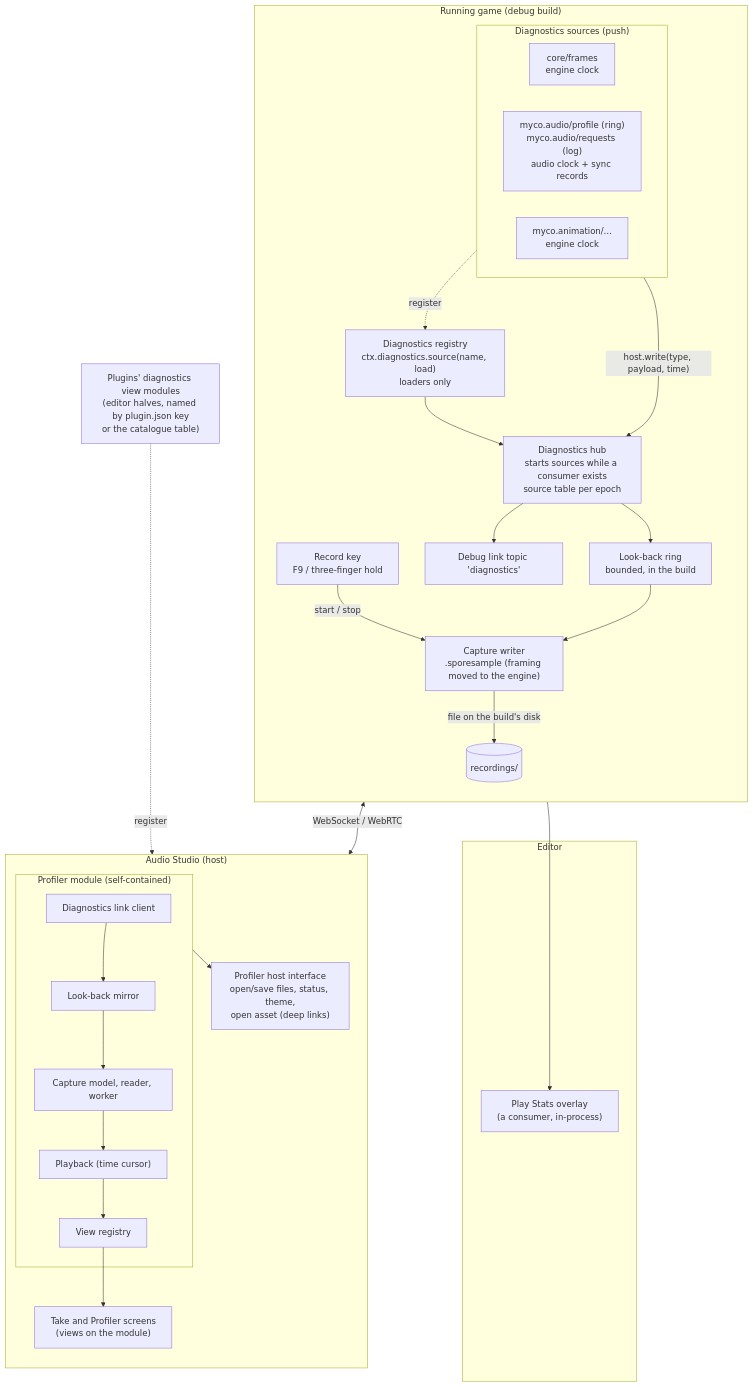
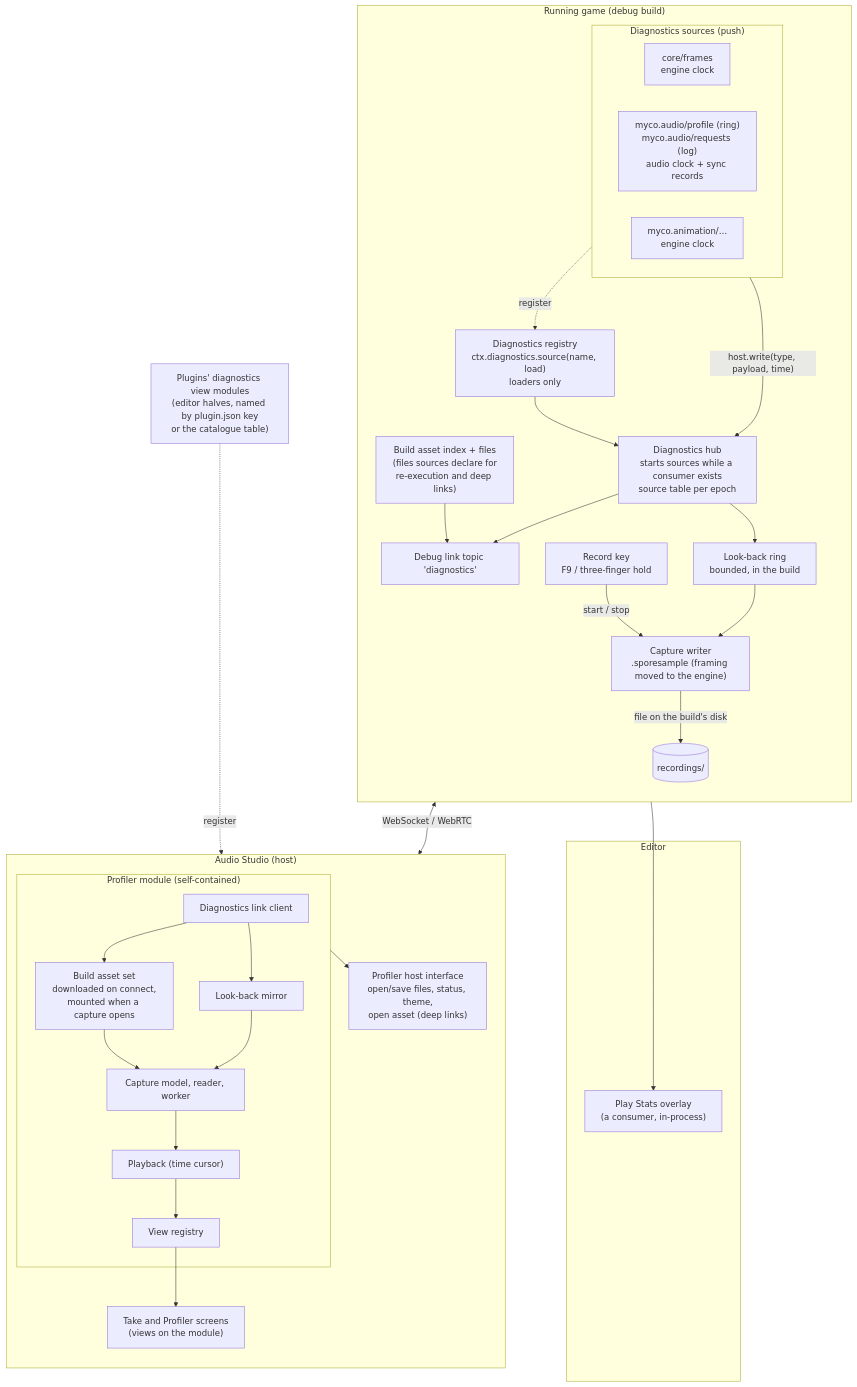
One commit to doughtnerd/TranquilityEngine changed the second of 8 diagrams in docs/design/plugin-lanes-localisation/architecture-sketch.md. Above: the diagram before and after it, drawn with Mermaid.

Commit message:
Design: sketch shows build asset sets
Claude-Session: https://claude.ai/code/session_01QjpoPuoK1kCPUhjjWVyWPx

````diff
--- a/docs/design/plugin-lanes-localisation/architecture-sketch.md
+++ b/docs/design/plugin-lanes-localisation/architecture-sketch.md
@@ -45,46 +45,51 @@
 ```mermaid
 flowchart TB
   subgraph Build["Running game (debug build)"]
     direction TB
     subgraph Sources["Diagnostics sources (push)"]
       CoreSrc["core/frames<br/>engine clock"]
       AudioSrc["myco.audio/profile (ring)<br/>myco.audio/requests (log)<br/>audio clock + sync records"]
       AnimSrc["myco.animation/…<br/>engine clock"]
     end
     Registry["Diagnostics registry<br/>ctx.diagnostics.source(name, load)<br/>loaders only"]
     Hub["Diagnostics hub<br/>starts sources while a consumer exists<br/>source table per epoch"]
     Ring["Look-back ring<br/>bounded, in the build"]
     Writer["Capture writer<br/>.sporesample (framing moved to the engine)"]
     Topic["Debug link topic 'diagnostics'"]
     Key["Record key<br/>F9 / three-finger hold"]
+    Assets["Build asset index + files<br/>(files sources declare for<br/>re-execution and deep links)"]
+    Assets --> Topic
     Sources -.->|"register"| Registry
     Registry --> Hub
     Sources -->|"host.write(type, payload, time)"| Hub
     Hub --> Ring
     Hub --> Topic
     Key -->|"start / stop"| Writer
     Ring --> Writer
     Writer -->|"file on the build's disk"| Disk[("recordings/")]
   end
   subgraph Editor["Editor"]
     PlayStats["Play Stats overlay<br/>(a consumer, in-process)"]
   end
   subgraph StudioApp["Audio Studio (host)"]
     direction TB
     subgraph Profiler["Profiler module (self-contained)"]
       Client["Diagnostics link client"]
       Mirror["Look-back mirror"]
       Model["Capture model, reader, worker"]
       Play["Playback (time cursor)"]
       Views["View registry"]
+      AssetSet["Build asset set<br/>downloaded on connect,<br/>mounted when a capture opens"]
+      Client --> AssetSet
+      AssetSet --> Model
     end
     Screens["Take and Profiler screens<br/>(views on the module)"]
     HostIF["Profiler host interface<br/>open/save files, status, theme,<br/>open asset (deep links)"]
   end
   Hub --> PlayStats
   Topic <-->|"WebSocket / WebRTC"| Client
   Client --> Mirror --> Model --> Play --> Views
   Views --> Screens
   Profiler --> HostIF
   PluginViews["Plugins' diagnostics view modules<br/>(editor halves, named by plugin.json key<br/>or the catalogue table)"] -.->|"register"| Views
 ```
````
